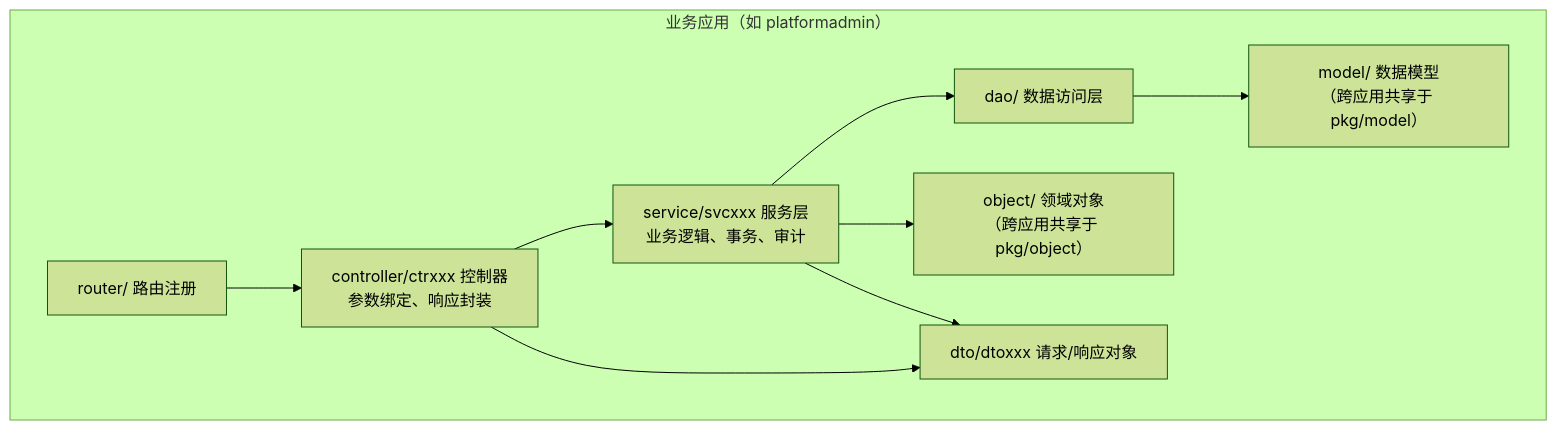
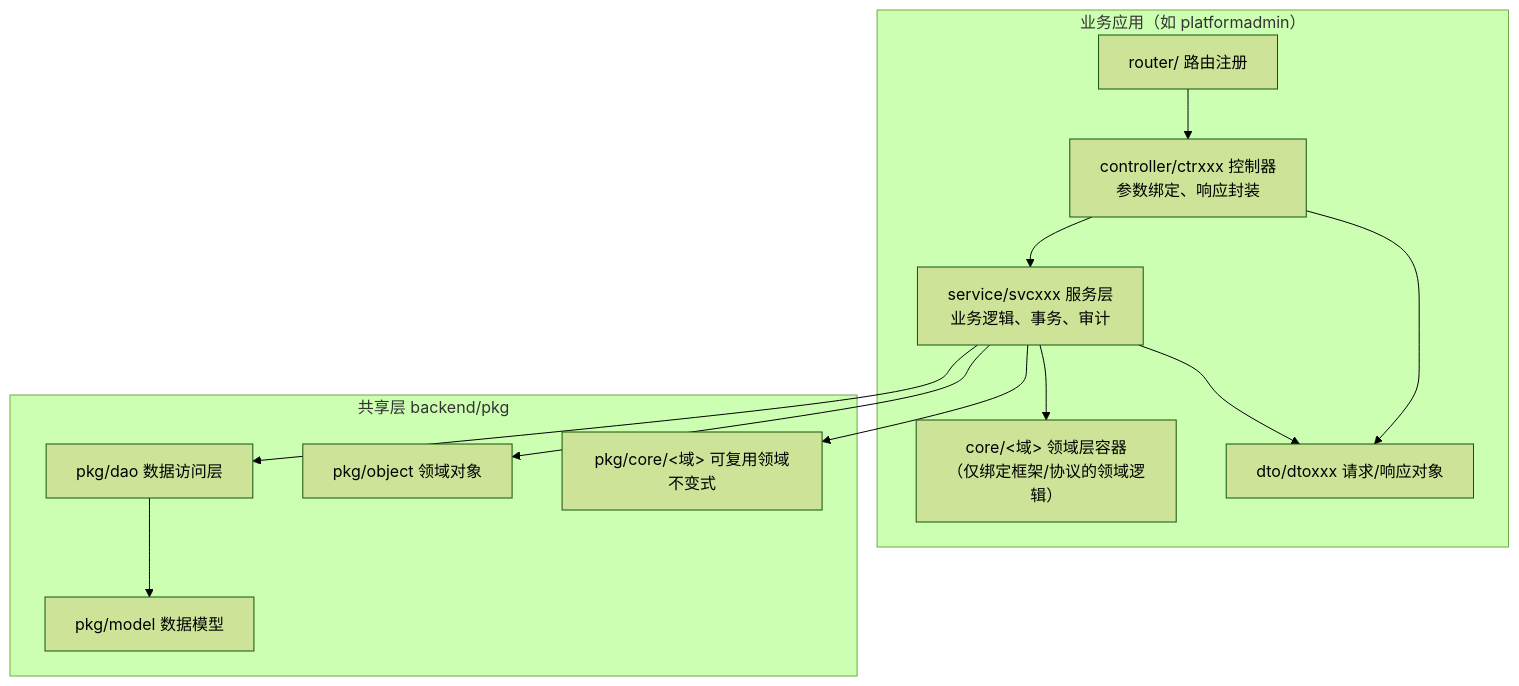
One commit to morehao/ark-iam changed the second of 15 diagrams in docs/design/system-design.md. Above: the diagram before and after it, drawn with Mermaid (forest theme). The commit also changed other lines of this file and 100 other files, not shown here.

````diff
--- a/docs/design/system-design.md
+++ b/docs/design/system-design.md
@@ -112,16 +112,24 @@
 ```mermaid
 flowchart TB
     subgraph APP["业务应用（如 platformadmin）"]
         R["router/ 路由注册"]
         C["controller/ctrxxx 控制器<br/>参数绑定、响应封装"]
         S["service/svcxxx 服务层<br/>业务逻辑、事务、审计"]
-        D["dao/ 数据访问层"]
-        M["model/ 数据模型<br/>（跨应用共享于 pkg/model）"]
-        O["object/ 领域对象<br/>（跨应用共享于 pkg/object）"]
+        CORE["core/&lt;域&gt; 领域层容器<br/>（仅绑定框架/协议的领域逻辑）"]
         DTO["dto/dtoxxx 请求/响应对象"]
     end
-    R --> C --> S --> D --> M
+    subgraph SHARED["共享层 backend/pkg"]
+        D["pkg/dao 数据访问层"]
+        M["pkg/model 数据模型"]
+        O["pkg/object 领域对象"]
+        PC["pkg/core/&lt;域&gt; 可复用领域不变式"]
+    end
+    R --> C --> S
+    S --> CORE
+    S --> D
     S --> O
+    S --> PC
     C --> DTO
     S --> DTO
+    D --> M
 ```
````
